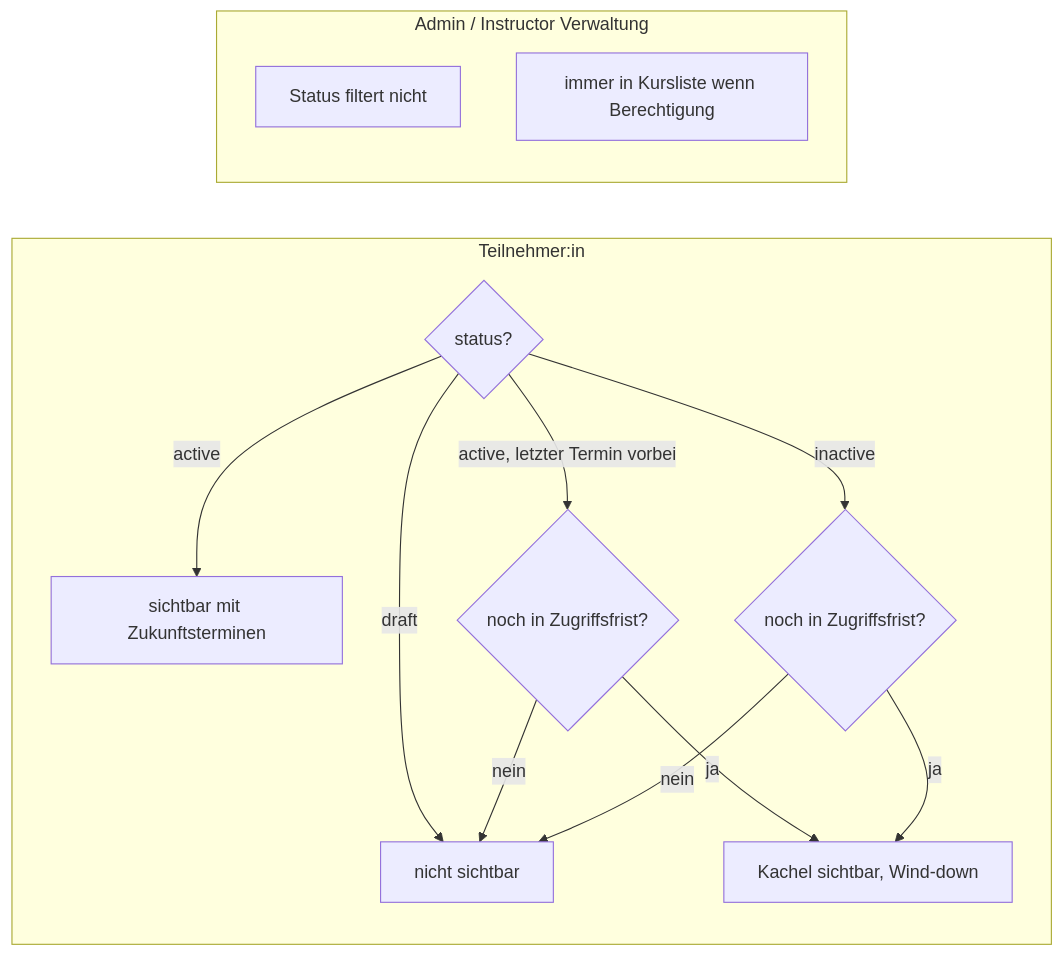
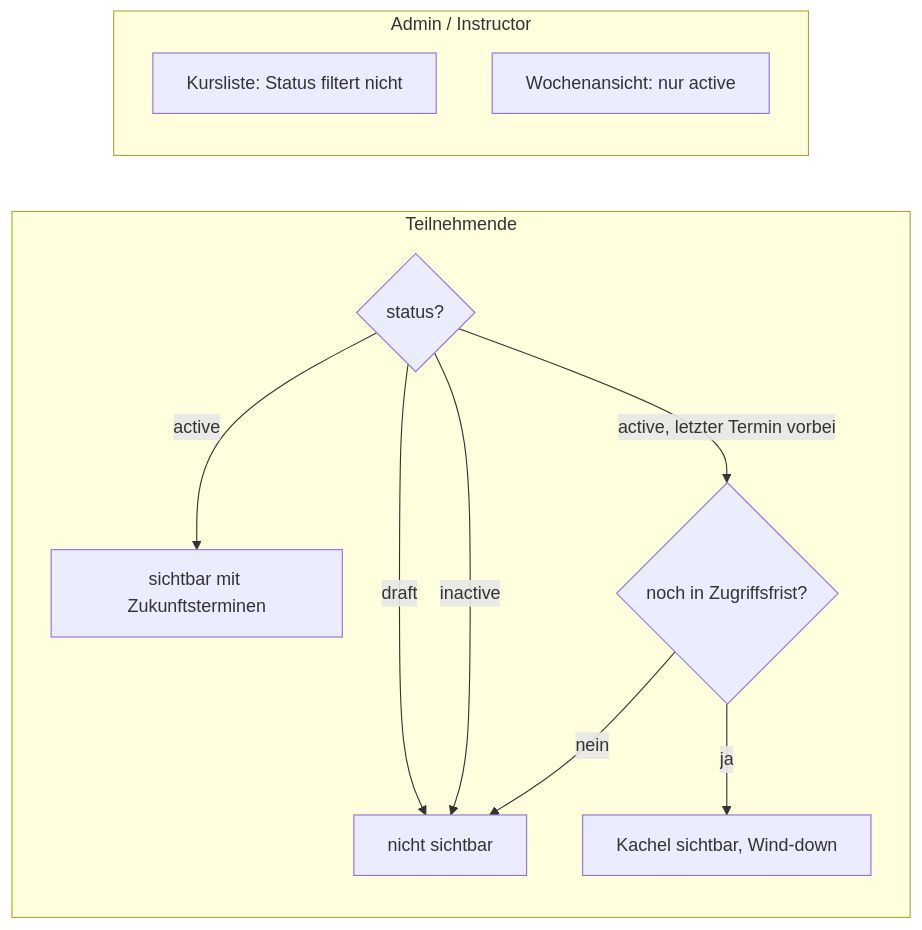
The first of 3 diagrams in docs/course-status-visibility.md (CurlyKarin/yogaswap), drawn with Mermaid before and after one commit. The commit also changed other lines of this file and 6 other files, not shown here.

````diff
--- a/docs/course-status-visibility.md
+++ b/docs/course-status-visibility.md
@@ -21,19 +22,17 @@
 ```mermaid
 flowchart LR
-  subgraph participant [Teilnehmer:in]
+  subgraph participant [Teilnehmende]
     P1{status?}
     P1 -->|draft| PH[nicht sichtbar]
+    P1 -->|inactive| PH
     P1 -->|active| PA[sichtbar mit Zukunftsterminen]
     P1 -->|active, letzter Termin vorbei| PW{noch in Zugriffsfrist?}
     PW -->|ja| PG[Kachel sichtbar, Wind-down]
     PW -->|nein| PH
-    P1 -->|inactive| PI{noch in Zugriffsfrist?}
-    PI -->|ja| PG
-    PI -->|nein| PH
   end
 
-  subgraph admin [Admin / Instructor Verwaltung]
-    A1[Status filtert nicht]
-    A2[immer in Kursliste wenn Berechtigung]
+  subgraph admin [Admin / Instructor]
+    A1[Kursliste: Status filtert nicht]
+    A2[Wochenansicht: nur active]
   end
 ```
````
